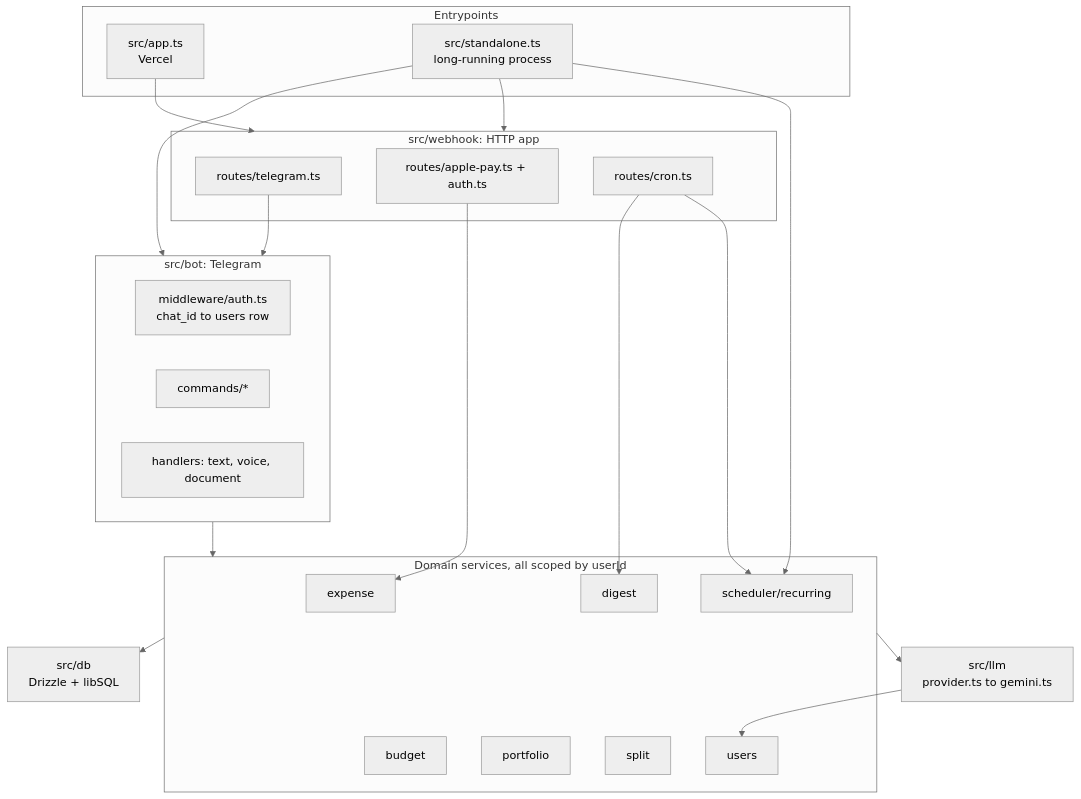
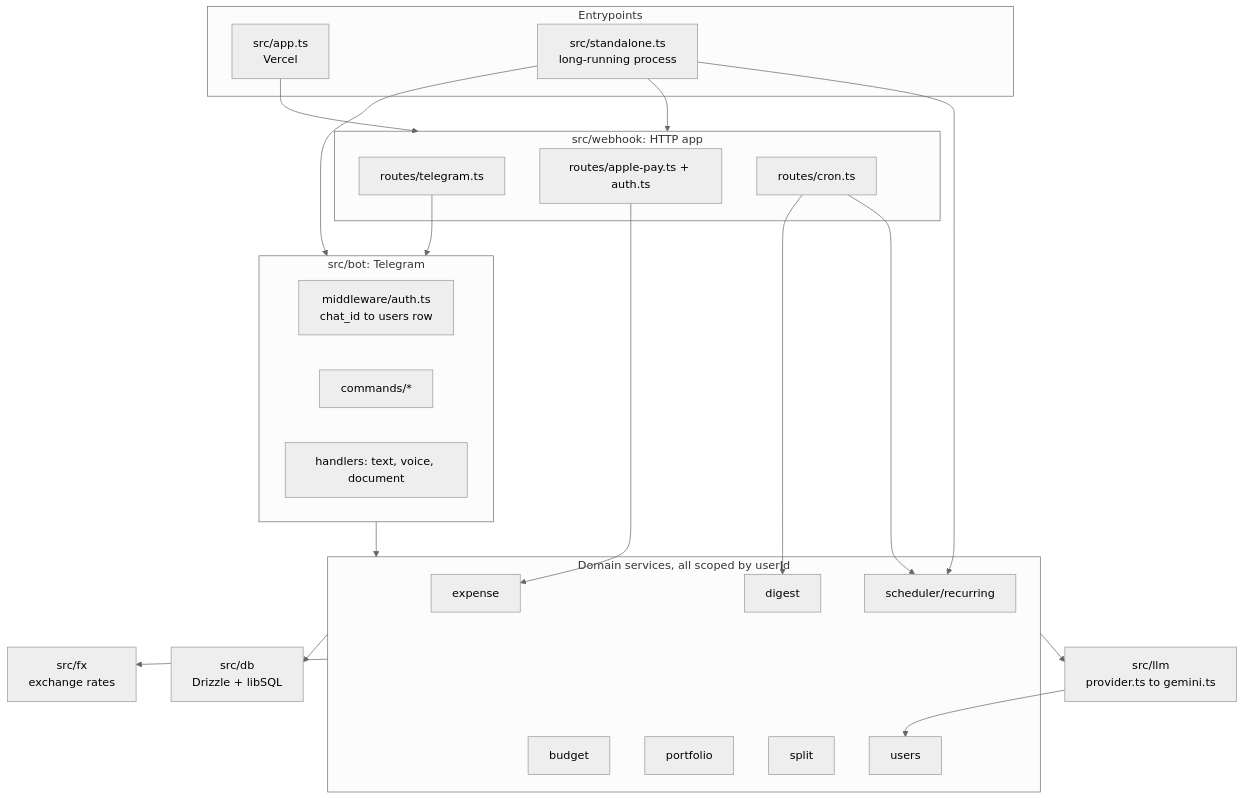
Before and after one commit to zzkhong/plutus-ai: the fifth of 6 diagrams in docs/architecture.md, drawn with Mermaid (neutral theme). The commit also changed other lines of this file and 3 other files, not shown here.

First line of the commit message:
docs: user-facing README; rates and statements in setup and architecture

````diff
--- a/docs/architecture.md
+++ b/docs/architecture.md
@@ -127,45 +129,47 @@
 ```mermaid
 flowchart TB
     subgraph entry["Entrypoints"]
         appts["src/app.ts<br/>Vercel"]
         stand["src/standalone.ts<br/>long-running process"]
     end
 
     subgraph http["src/webhook: HTTP app"]
         rtel["routes/telegram.ts"]
         rapp["routes/apple-pay.ts + auth.ts"]
         rcr["routes/cron.ts"]
     end
 
     subgraph botmod["src/bot: Telegram"]
         mw["middleware/auth.ts<br/>chat_id to users row"]
         cmds["commands/*"]
         hnd["handlers: text, voice, document"]
     end
 
     subgraph domain["Domain services, all scoped by userId"]
         exp["expense"]
         bud["budget"]
         port["portfolio"]
         spl["split"]
         dig["digest"]
         usr["users"]
         sch["scheduler/recurring"]
     end
 
     llm["src/llm<br/>provider.ts to gemini.ts"]
     db["src/db<br/>Drizzle + libSQL"]
+    fxmod["src/fx<br/>exchange rates"]
 
     appts --> http
     stand --> http
     stand --> botmod
     stand --> sch
     rtel --> botmod
     rcr --> sch
     rcr --> dig
     rapp --> exp
     botmod --> domain
     domain --> llm
     domain --> db
+    domain --> fxmod
     llm --> usr
 ```
````
